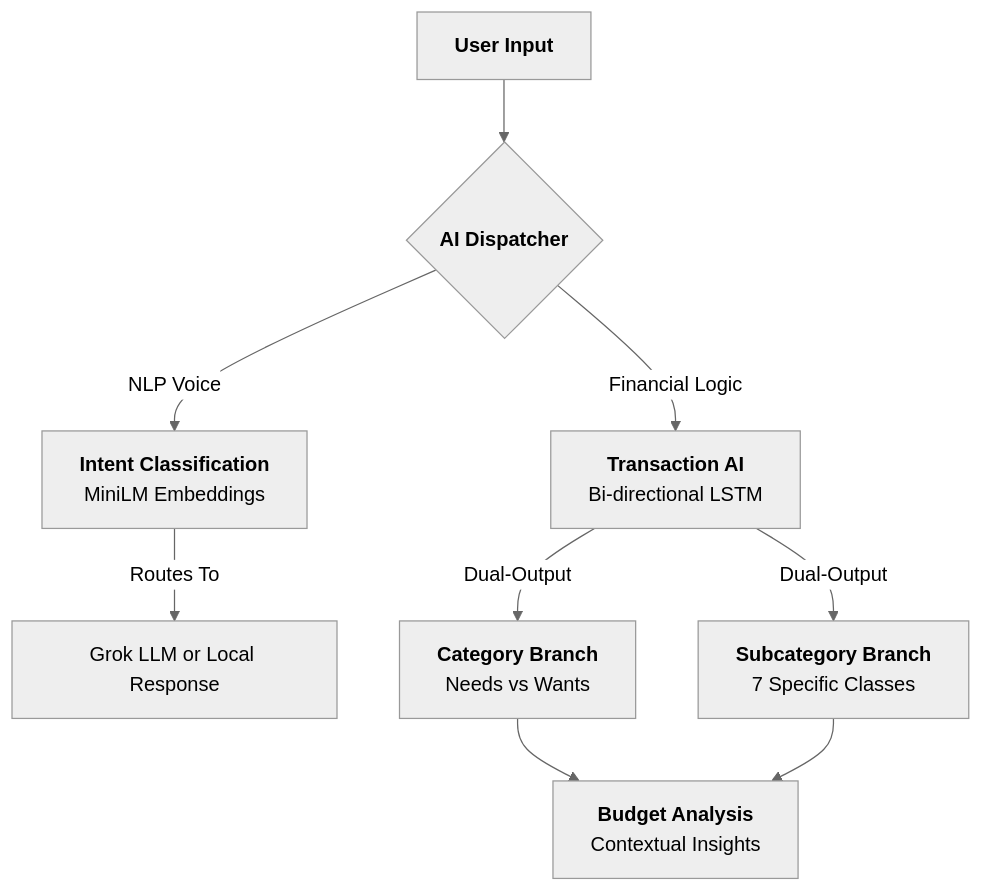
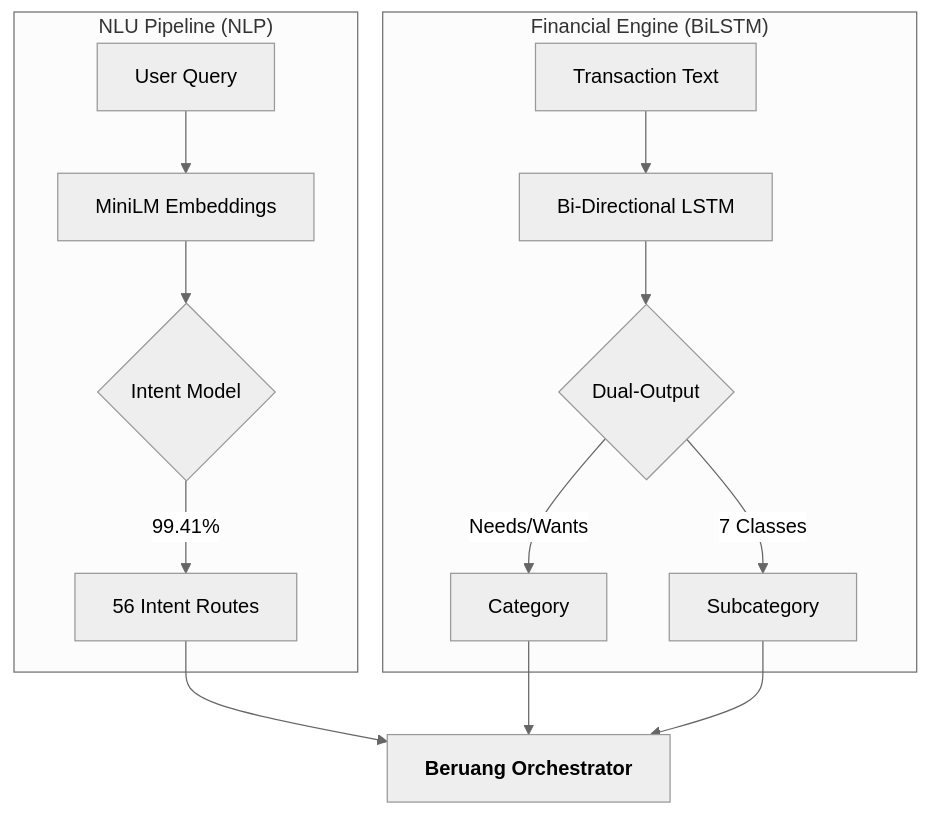
One commit to izwanGit/beruang-ai-backend changed the diagram in README.md. Above: the diagram before and after it, drawn with Mermaid (neutral theme). The commit also changed other lines of this file, not shown here.

Commit message:
docs: Finalize mega documentation with decoupled pipelines and overfitting proof

````diff
--- a/README.md
+++ b/README.md
@@ -25,10 +25,18 @@
 ```mermaid
 graph TD
-    A[<b>User Input</b>] --> B{<b>AI Dispatcher</b>}
-    B -->|NLP Voice| C[<b>Intent Classification</b><br/>MiniLM Embeddings]
-    B -->|Financial Logic| D[<b>Transaction AI</b><br/>Bi-directional LSTM]
-    C -->|Routes To| E[Grok LLM or Local Response]
-    D -->|Dual-Output| F[<b>Category Branch</b><br/>Needs vs Wants]
-    D -->|Dual-Output| G[<b>Subcategory Branch</b><br/>7 Specific Classes]
-    F & G --> H[<b>Budget Analysis</b><br/>Contextual Insights]
+    subgraph "NLU Pipeline (NLP)"
+    A1[User Query] --> B1[MiniLM Embeddings]
+    B1 --> C1{Intent Model}
+    C1 -->|99.41%| D1[56 Intent Routes]
+    end
+
+    subgraph "Financial Engine (BiLSTM)"
+    A2[Transaction Text] --> B2[Bi-Directional LSTM]
+    B2 --> C2{Dual-Output}
+    C2 -->|Needs/Wants| D2[Category]
+    C2 -->|7 Classes| E2[Subcategory]
+    end
+
+    D1 --> F[<b>Beruang Orchestrator</b>]
+    D2 & E2 --> F
 ```
````
